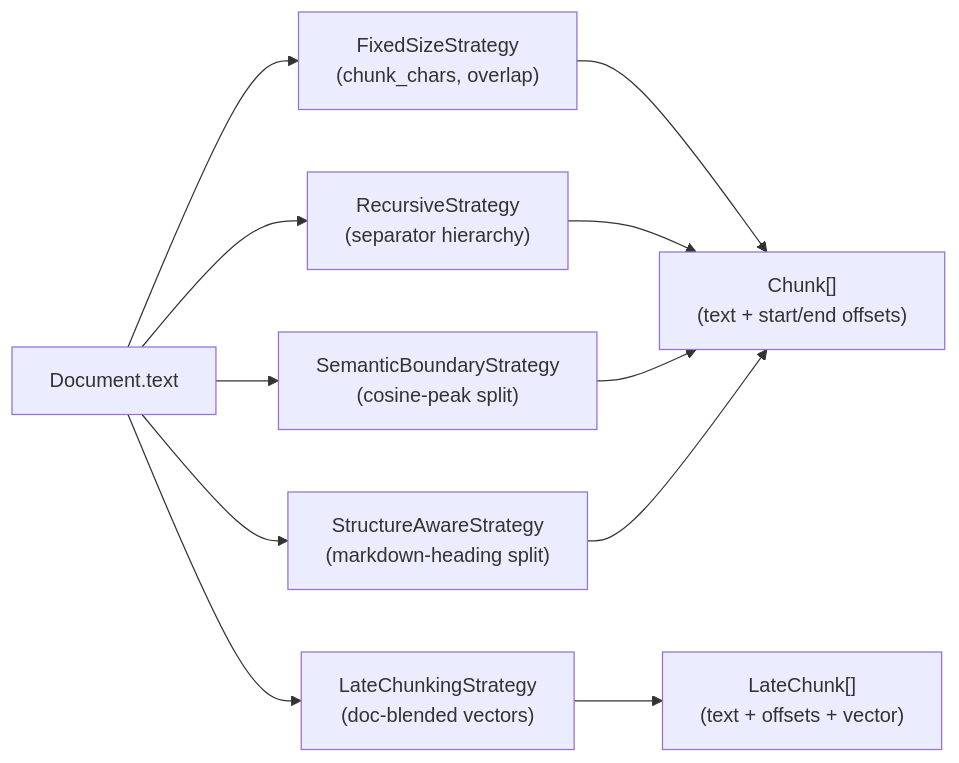
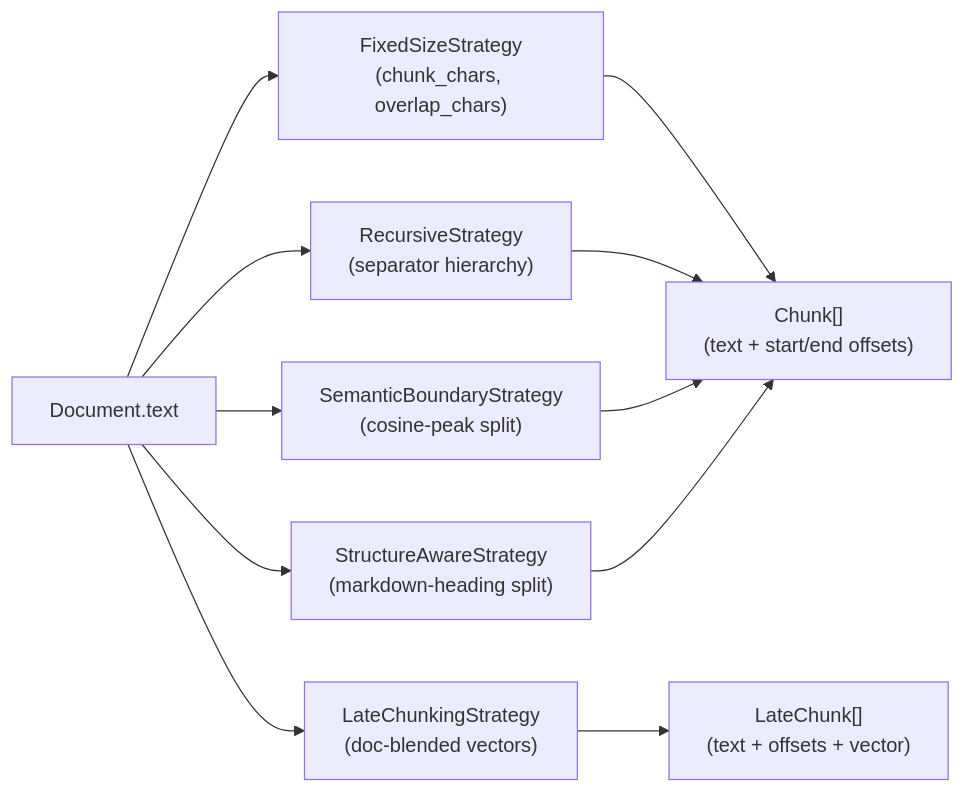
The third of 5 diagrams in docs/architecture.md (jt-mchorse/chunking-strategies-lab), drawn with Mermaid before and after one commit. The commit also changed other lines of this file and 3 other files, not shown here.

First line of the commit message:
docs(architecture): correct mermaid node-label field names + lock them to dataclass fields (#122) (#123)

````diff
--- a/docs/architecture.md
+++ b/docs/architecture.md
@@ -105,14 +105,14 @@
 ```mermaid
 flowchart LR
-    DOC["Document.text"] --> S1["FixedSizeStrategy<br/>(chunk_chars, overlap)"]
+    DOC["Document.text"] --> S1["FixedSizeStrategy<br/>(chunk_chars, overlap_chars)"]
     DOC --> S2["RecursiveStrategy<br/>(separator hierarchy)"]
     DOC --> S3["SemanticBoundaryStrategy<br/>(cosine-peak split)"]
     DOC --> S4["LateChunkingStrategy<br/>(doc-blended vectors)"]
     DOC --> S5["StructureAwareStrategy<br/>(markdown-heading split)"]
 
     S1 --> CK["Chunk[]<br/>(text + start/end offsets)"]
     S2 --> CK
     S3 --> CK
     S5 --> CK
     S4 --> CKV["LateChunk[]<br/>(text + offsets + vector)"]
 ```
````
